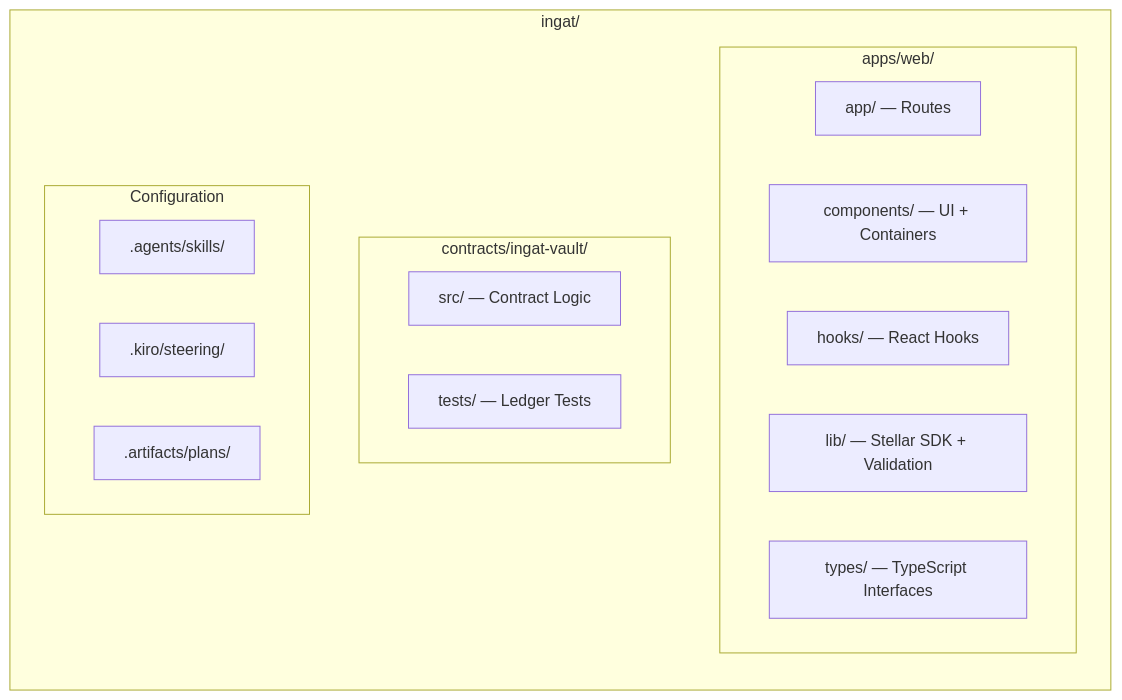
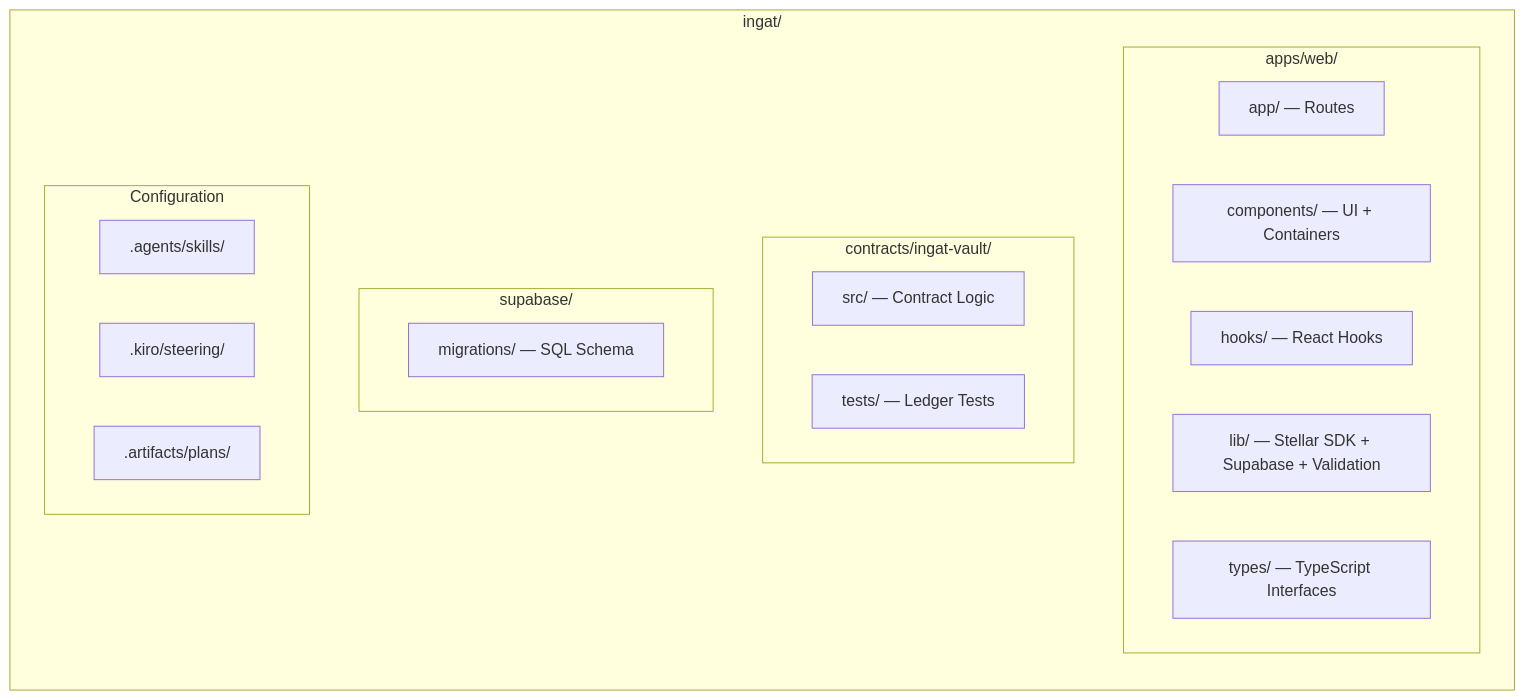
One commit to IAmHaiel/INGAT-copy changed the fourth of 6 diagrams in README.md. Above: the diagram before and after it, drawn with Mermaid. The commit also changed other lines of this file and 3 other files, not shown here.

````diff
--- a/README.md
+++ b/README.md
@@ -178,21 +179,24 @@
 ```mermaid
 graph LR
     subgraph Root["ingat/"]
         subgraph Apps["apps/web/"]
             A1[app/ — Routes]
             A2[components/ — UI + Containers]
             A3[hooks/ — React Hooks]
-            A4[lib/ — Stellar SDK + Validation]
+            A4[lib/ — Stellar SDK + Supabase + Validation]
             A5[types/ — TypeScript Interfaces]
         end
         subgraph Contracts["contracts/ingat-vault/"]
             C1[src/ — Contract Logic]
             C2[tests/ — Ledger Tests]
+        end
+        subgraph Database["supabase/"]
+            E1[migrations/ — SQL Schema]
         end
         subgraph Config["Configuration"]
             D1[.agents/skills/]
             D2[.kiro/steering/]
             D3[.artifacts/plans/]
         end
     end
 ```
````
